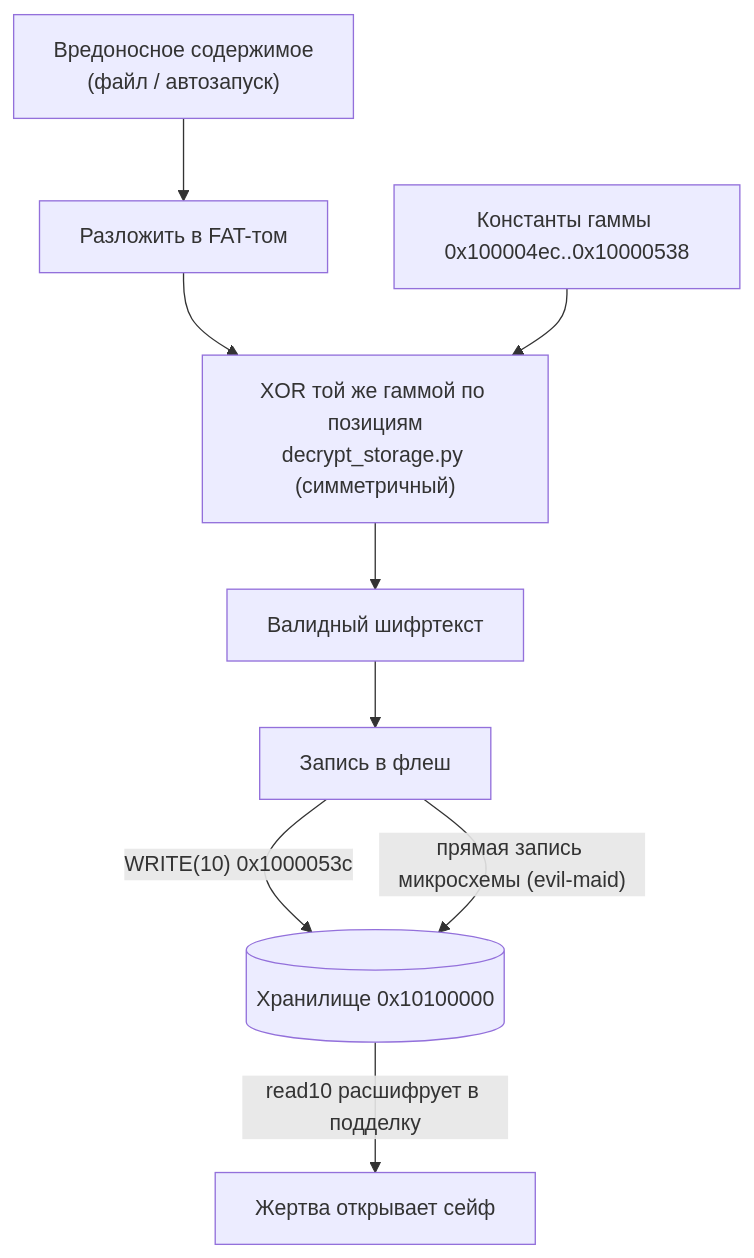
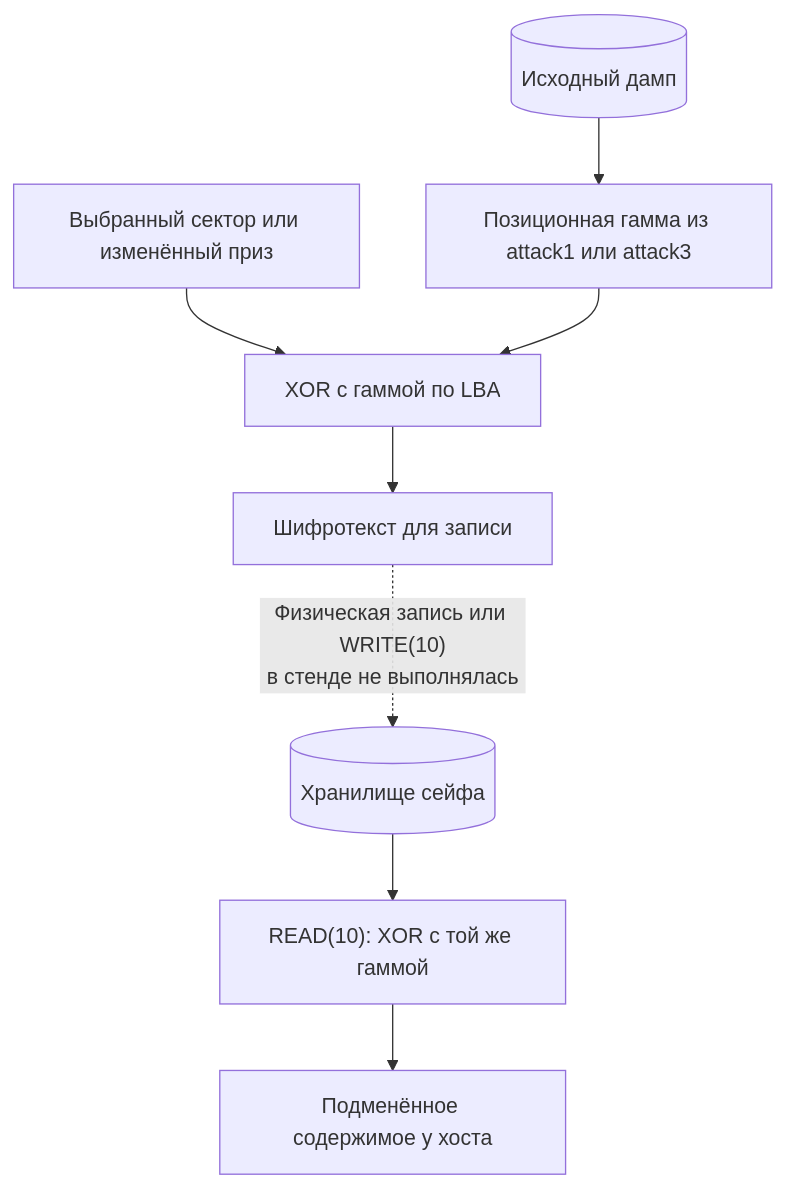
One commit to HarisGOD1/case-12-reverse-engineering-pcb-team-3 changed the diagram in attack2/README.md. Above: the diagram before and after it, drawn with Mermaid. The commit also changed other lines of this file and 21 other files, not shown here.

````diff
--- a/attack2/README.md
+++ b/attack2/README.md
@@ -22,11 +15,10 @@
 ```mermaid
 flowchart TD
-    payload["Вредоносное содержимое<br/>(файл / автозапуск)"] --> fat["Разложить в FAT-том"]
-    fat --> enc["XOR той же гаммой по позициям<br/>decrypt_storage.py (симметричный)"]
-    keys["Константы гаммы 0x100004ec..0x10000538"] --> enc
-    enc --> ct["Валидный шифртекст"]
-    ct --> w["Запись в флеш"]
-    w -->|"WRITE(10) 0x1000053c"| dev[("Хранилище 0x10100000")]
-    w -->|"прямая запись микросхемы (evil-maid)"| dev
-    dev -->|"read10 расшифрует в подделку"| victim["Жертва открывает сейф"]
+    dump[("Исходный дамп")] --> key["Позиционная гамма из attack1 или attack3"]
+    payload["Выбранный сектор или изменённый приз"] --> encode["XOR с гаммой по LBA"]
+    key --> encode
+    encode --> ciphertext["Шифротекст для записи"]
+    ciphertext -.->|"Физическая запись или WRITE(10)<br/>в стенде не выполнялась"| flash[("Хранилище сейфа")]
+    flash --> read["READ(10): XOR с той же гаммой"]
+    read --> result["Подменённое содержимое у хоста"]
 ```
````
